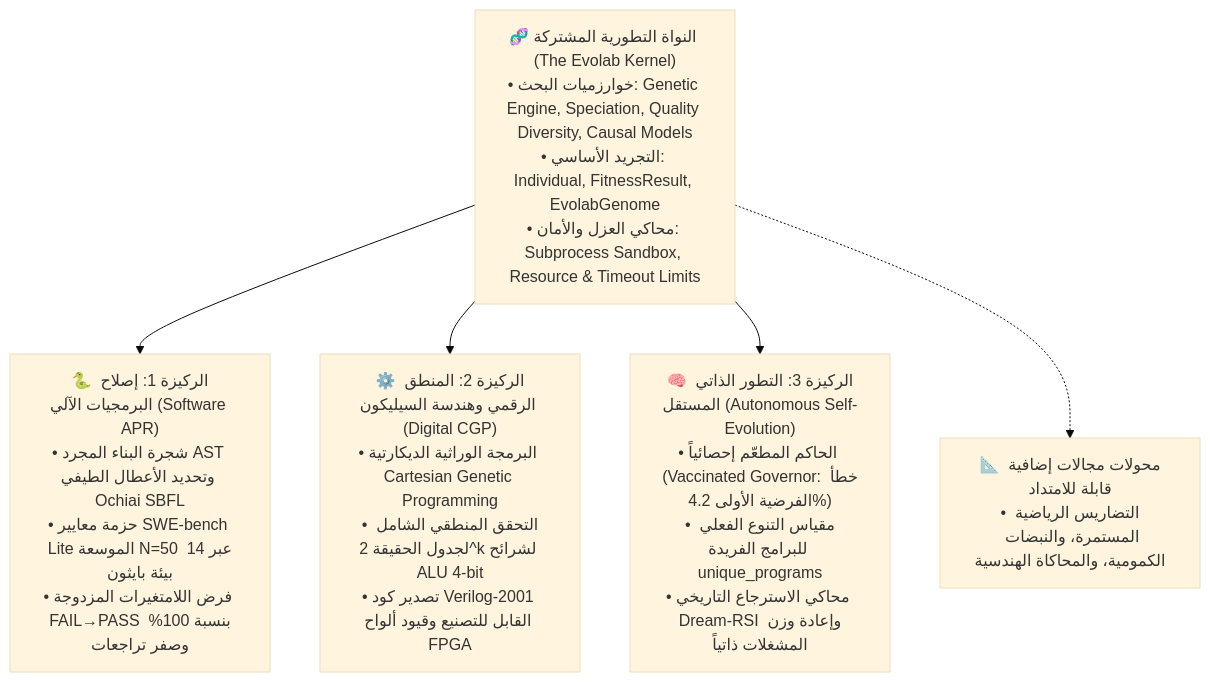
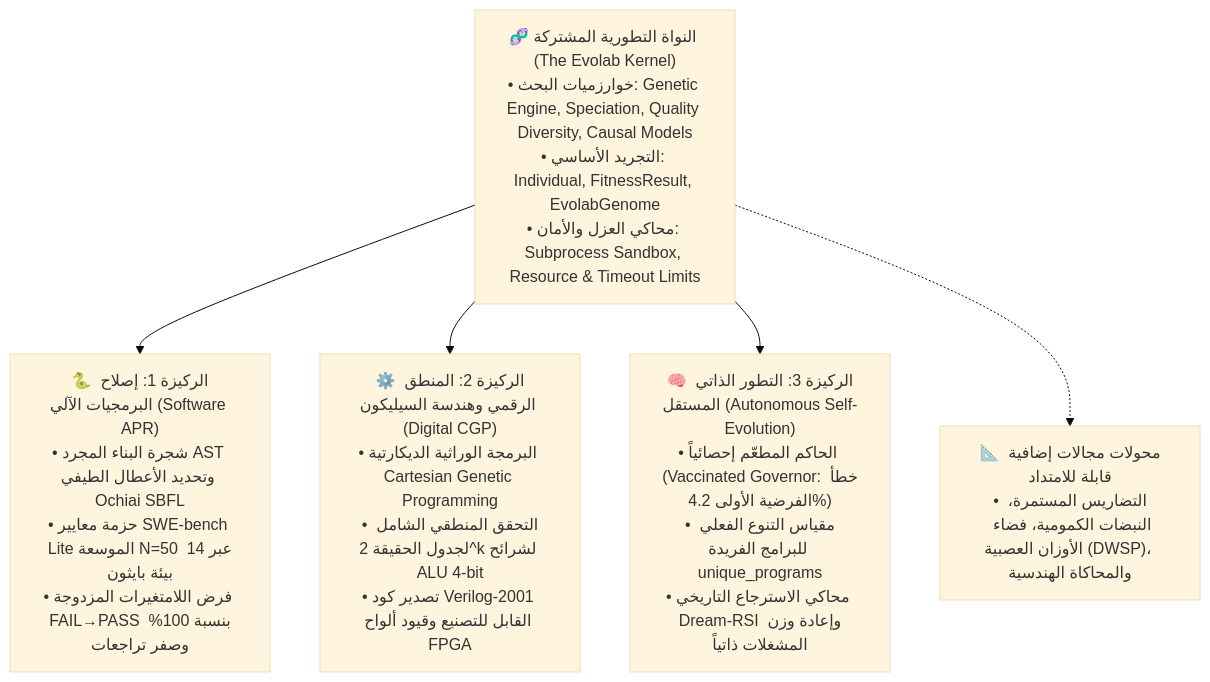
One commit to bio-colab/darwin-evolab changed the first of 2 diagrams in README_ar.md. Above: the diagram before and after it, drawn with Mermaid (base theme). The commit also changed other lines of this file and 3 other files, not shown here.

````diff
--- a/README_ar.md
+++ b/README_ar.md
@@ -177,12 +178,12 @@
 ```mermaid
 graph TD
     Kernel["🧬 النواة التطورية المشتركة (The Evolab Kernel)<br/>• خوارزميات البحث: Genetic Engine, Speciation, Quality Diversity, Causal Models<br/>• التجريد الأساسي: Individual, FitnessResult, EvolabGenome<br/>• محاكي العزل والأمان: Subprocess Sandbox, Resource & Timeout Limits"]
 
     Kernel --> Driver1["🐍 الركيزة 1: إصلاح البرمجيات الآلي (Software APR)<br/>• شجرة البناء المجرد AST وتحديد الأعطال الطيفي Ochiai SBFL<br/>• حزمة معايير SWE-bench Lite الموسعة N=50 عبر 14 بيئة بايثون<br/>• فرض اللامتغيرات المزدوجة FAIL→PASS بنسبة 100% وصفر تراجعات"]
 
     Kernel --> Driver2["⚙️ الركيزة 2: المنطق الرقمي وهندسة السيليكون (Digital CGP)<br/>• البرمجة الوراثية الديكارتية Cartesian Genetic Programming<br/>• التحقق المنطقي الشامل لجدول الحقيقة 2^k لشرائح ALU 4-bit<br/>• تصدير كود Verilog-2001 القابل للتصنيع وقيود ألواح FPGA"]
 
     Kernel --> Driver3["🧠 الركيزة 3: التطور الذاتي المستقل (Autonomous Self-Evolution)<br/>• الحاكم المطعّم إحصائياً (Vaccinated Governor: خطأ الفرضية الأولى 4.2%)<br/>• مقياس التنوع الفعلي للبرامج الفريدة unique_programs<br/>• محاكي الاسترجاع التاريخي Dream-RSI وإعادة وزن المشغلات ذاتياً"]
 
-    Kernel -.-> DriverExt["📐 محولات مجالات إضافية قابلة للامتداد<br/>• التضاريس الرياضية المستمرة، والنبضات الكمومية، والمحاكاة الهندسية"]
+    Kernel -.-> DriverExt["📐 محولات مجالات إضافية قابلة للامتداد<br/>• التضاريس المستمرة، النبضات الكمومية، فضاء الأوزان العصبية (DWSP)، والمحاكاة الهندسية"]
 ```
````
